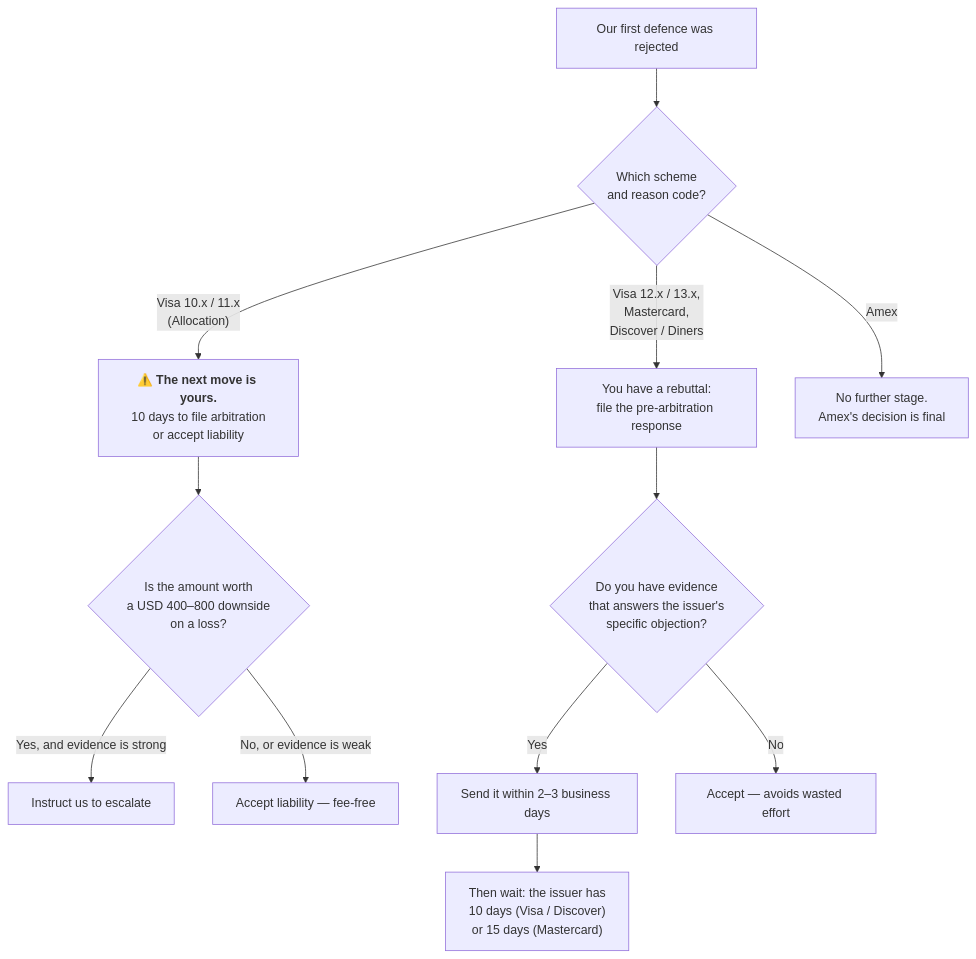
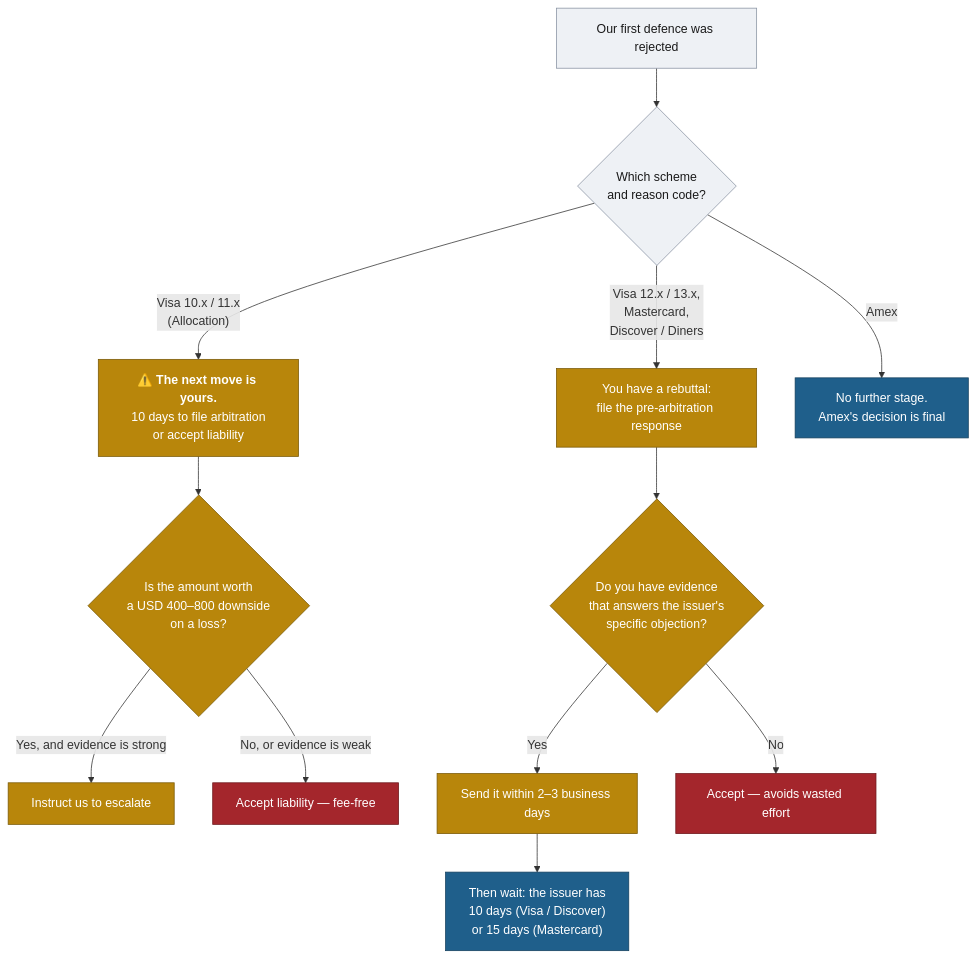
One commit to rowintharanee-sys/Claude changed the seventh of 7 diagrams in docs/dispute-second-cycle-pre-arbitration-and-arbitration.md. Above: the diagram before and after it, drawn with Mermaid. The commit also changed other lines of this file and 17 other files, not shown here.

First line of the commit message:
Ship sharp, downloadable flow diagrams

````diff
--- a/docs/dispute-second-cycle-pre-arbitration-and-arbitration.md
+++ b/docs/dispute-second-cycle-pre-arbitration-and-arbitration.md
@@ -450,14 +514,25 @@
 ```mermaid
 flowchart TD
     S["Our first defence was rejected"] --> Q1{"Which scheme<br/>and reason code?"}
     Q1 -->|"Visa 10.x / 11.x<br/>(Allocation)"| A1["⚠️ <b>The next move is yours.</b><br/>10 days to file arbitration<br/>or accept liability"]
     Q1 -->|"Visa 12.x / 13.x,<br/>Mastercard,<br/>Discover / Diners"| A2["You have a rebuttal:<br/>file the pre-arbitration response"]
     Q1 -->|"Amex"| A3["No further stage.<br/>Amex's decision is final"]
     A1 --> Q2{"Is the amount worth<br/>a USD 400–800 downside<br/>on a loss?"}
     Q2 -->|Yes, and evidence is strong| E1["Instruct us to escalate"]
     Q2 -->|No, or evidence is weak| E2["Accept liability — fee-free"]
     A2 --> Q3{"Do you have evidence<br/>that answers the issuer's<br/>specific objection?"}
     Q3 -->|Yes| E3["Send it within 2–3 business days"]
     Q3 -->|No| E4["Accept — avoids wasted effort"]
     E3 --> F["Then wait: the issuer has<br/>10 days (Visa / Discover)<br/>or 15 days (Mastercard)"]
+
+    classDef merchant fill:#b8860b,stroke:#7a5a07,color:#ffffff
+    classDef issuer fill:#1f5f8b,stroke:#15405e,color:#ffffff
+    classDef win fill:#1b7f4d,stroke:#0f5132,color:#ffffff
+    classDef loss fill:#a4262c,stroke:#6e1a1e,color:#ffffff
+    classDef arb fill:#5b3f9e,stroke:#3d2a6b,color:#ffffff
+    classDef neutral fill:#eef1f5,stroke:#8a94a3,color:#1a1a1a
+    class S,Q1 neutral
+    class A1,A2,Q2,Q3,E1,E3 merchant
+    class A3,F issuer
+    class E2,E4 loss
 ```
````
